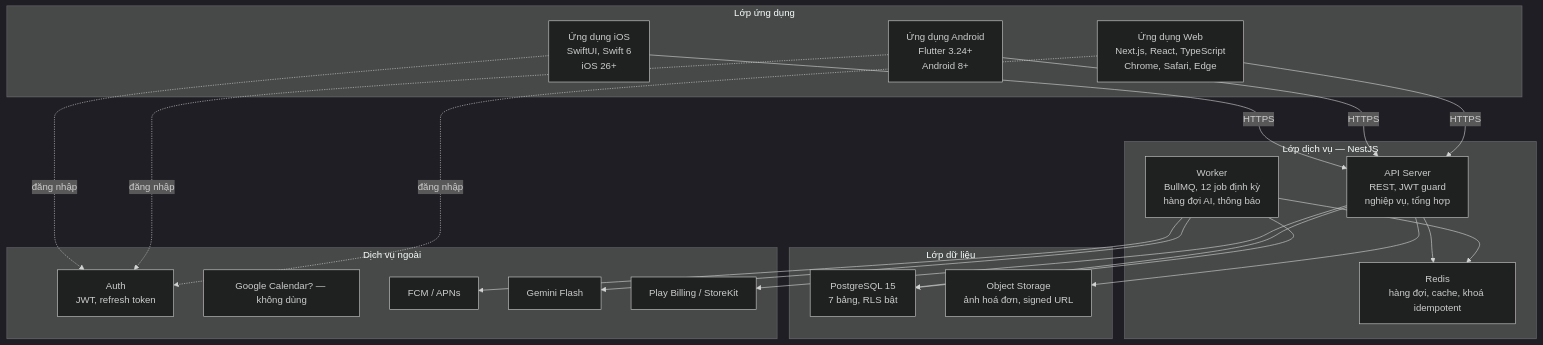
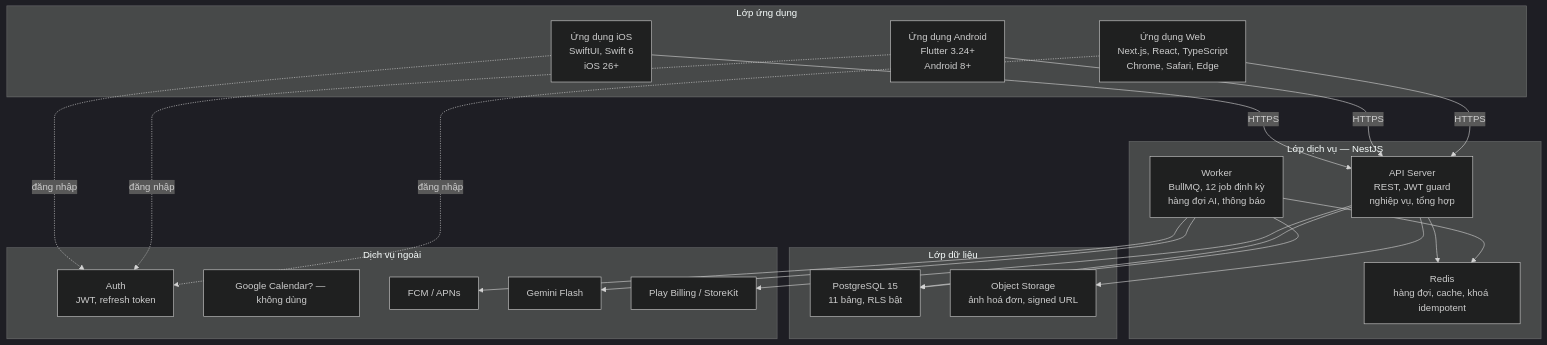
Before and after one commit to ThanhBinhITDev/quan-ly-chi-tieu-va-thu-nhap-ca-nhan: the second of 10 diagrams in docs/system-design/00-architecture.md, drawn with Mermaid (dark theme). The commit also changed other lines of this file and 9 other files, not shown here.

First line of the commit message:
Split Bill (Q9): 4 bảng, RLS nhiều người dùng, API, màn hình; chế độ tiết kiệm

````diff
--- a/docs/system-design/00-architecture.md
+++ b/docs/system-design/00-architecture.md
@@ -114,42 +115,42 @@
 ```mermaid
 graph TB
     subgraph CLIENT["Lớp ứng dụng"]
         IOS["Ứng dụng iOS<br/>SwiftUI, Swift 6<br/>iOS 26+"]
         AND["Ứng dụng Android<br/>Flutter 3.24+<br/>Android 8+"]
         WEB["Ứng dụng Web<br/>Next.js, React, TypeScript<br/>Chrome, Safari, Edge"]
     end
 
     subgraph SVC["Lớp dịch vụ — NestJS"]
         API["API Server<br/>REST, JWT guard<br/>nghiệp vụ, tổng hợp"]
         WRK["Worker<br/>BullMQ, 12 job định kỳ<br/>hàng đợi AI, thông báo"]
         RED["Redis<br/>hàng đợi, cache, khoá idempotent"]
     end
 
     subgraph DATA["Lớp dữ liệu"]
-        PG["PostgreSQL 15<br/>7 bảng, RLS bật"]
+        PG["PostgreSQL 15<br/>11 bảng, RLS bật"]
         OBJ["Object Storage<br/>ảnh hoá đơn, signed URL"]
     end
 
     subgraph EXT["Dịch vụ ngoài"]
         AUTH["Auth<br/>JWT, refresh token"]
         GC["Google Calendar? — không dùng"]
         PUSH["FCM / APNs"]
         LLM["Gemini Flash"]
         BILL["Play Billing / StoreKit"]
     end
 
     IOS -->|HTTPS| API
     AND -->|HTTPS| API
     WEB -->|HTTPS| API
     IOS -.->|đăng nhập| AUTH
     AND -.->|đăng nhập| AUTH
     WEB -.->|đăng nhập| AUTH
     API --> PG
     API --> OBJ
     API --> RED
     WRK --> PG
     WRK --> RED
     WRK --> PUSH
     WRK --> LLM
     API --> BILL
 ```
````
